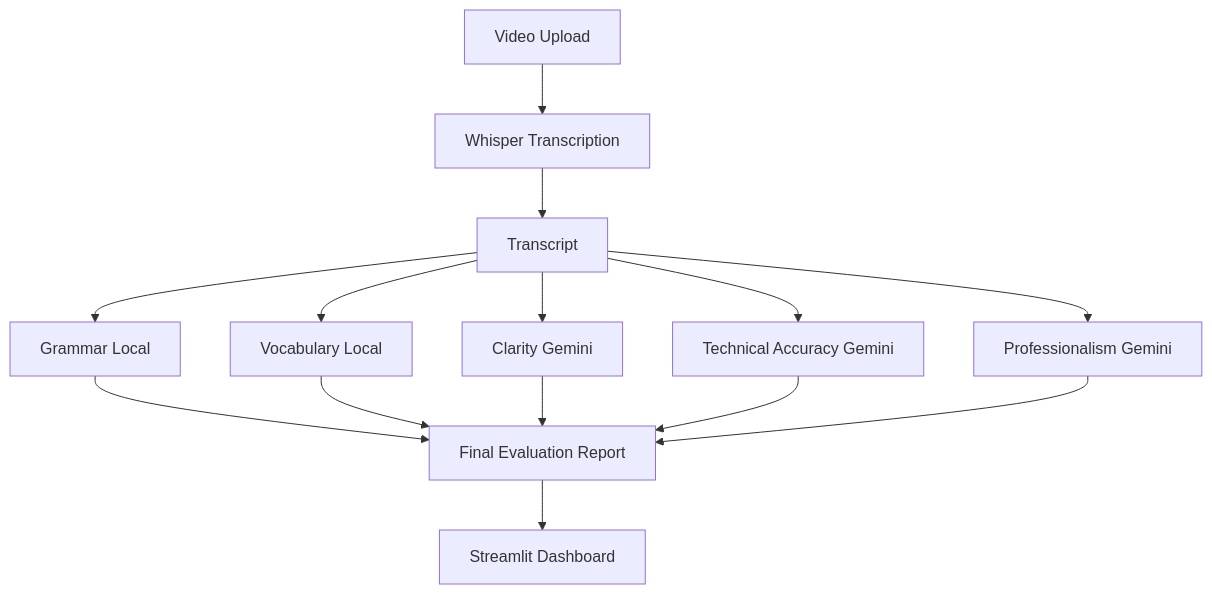
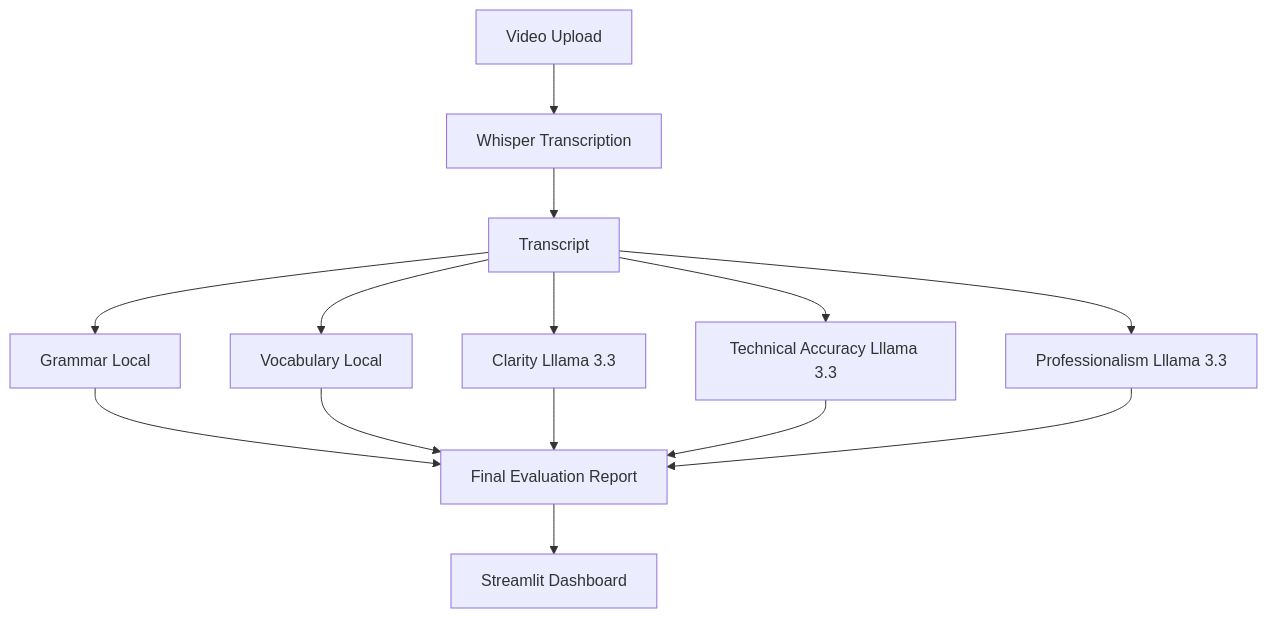
One commit to Ruby-Rubin/AI-Transcript-Evaluator changed the diagram in README.md. Above: the diagram before and after it, drawn with Mermaid. The commit also changed other lines of this file, not shown here.

Commit message:
Update evaluation metrics from Gemini to Lllama 3.3

````diff
--- a/README.md
+++ b/README.md
@@ -20,19 +20,19 @@
 ```mermaid
 flowchart TD
     A[Video Upload] --> B[Whisper Transcription]
     B --> C[Transcript]
 
     C --> D[Grammar Local]
     C --> E[Vocabulary Local]
-    C --> F[Clarity Gemini]
-    C --> G[Technical Accuracy Gemini]
-    C --> H[Professionalism Gemini]
+    C --> F[Clarity Lllama 3.3]
+    C --> G[Technical Accuracy Lllama 3.3]
+    C --> H[Professionalism Lllama 3.3]
 
     D --> I[Final Evaluation Report]
     E --> I
     F --> I
     G --> I
     H --> I
 
     I --> J[Streamlit Dashboard]
 ```
````
